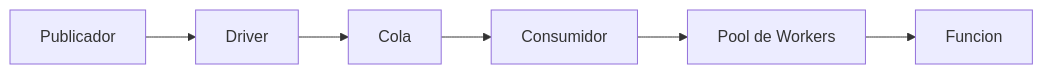
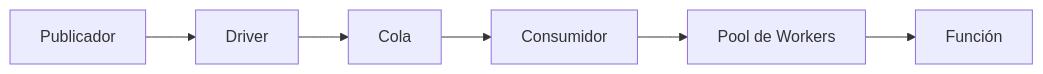
The diagram in es/system/queue.md (wippyai/docs), drawn with Mermaid before and after one commit. The commit also changed other lines of this file and 196 other files, not shown here.

````diff
--- a/es/system/queue.md
+++ b/es/system/queue.md
@@ -7,8 +7,8 @@
 ```mermaid
 flowchart LR
     P[Publicador] --> D[Driver]
     D --> Q[Cola]
     Q --> C[Consumidor]
     C --> W[Pool de Workers]
-    W --> F[Funcion]
+    W --> F[Función]
 ```
````
